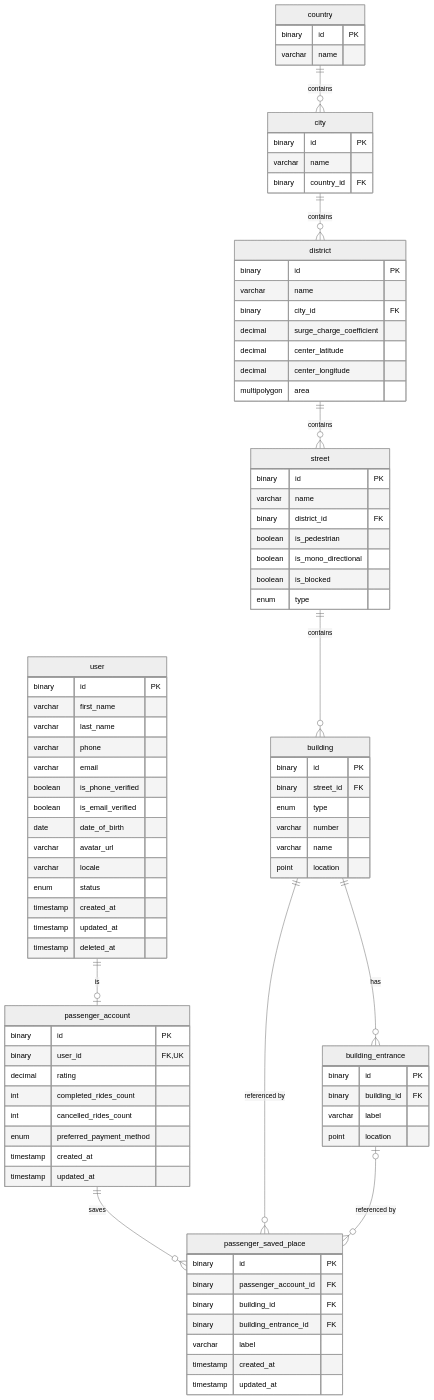
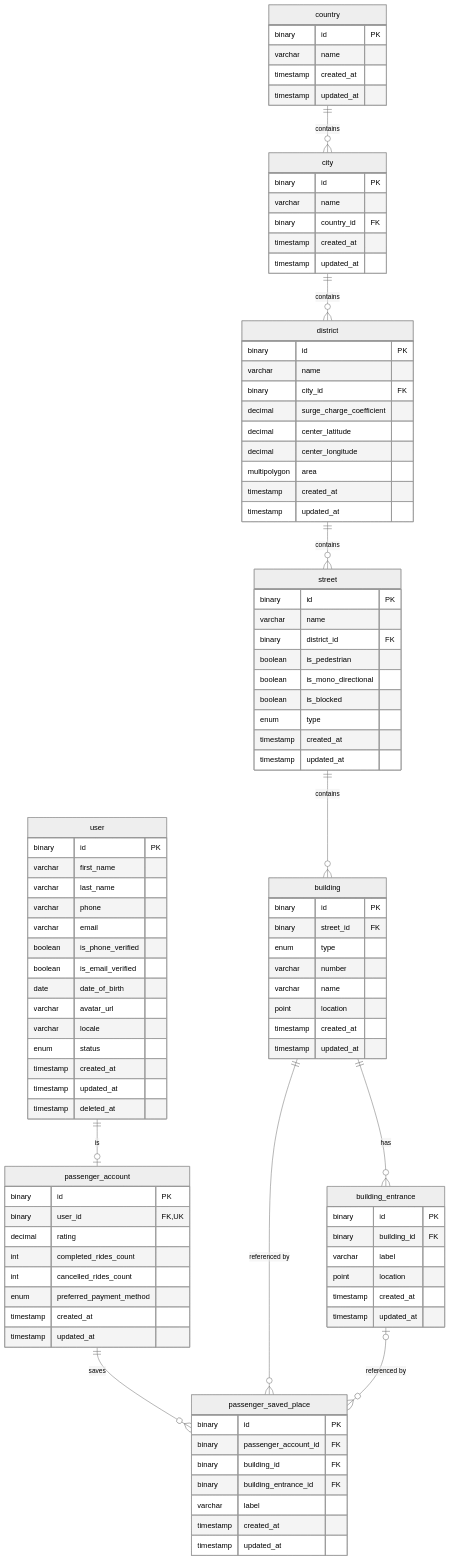
Before and after one commit to FatCaf/uber-sql: the diagram in schema.md, drawn with Mermaid (neutral theme). The commit also changed 7 other files, not shown here.

```diff
--- a/schema.md
+++ b/schema.md
@@ -35,12 +35,16 @@
     country {
         binary id PK
         varchar name
+        timestamp created_at
+        timestamp updated_at
     }
 
     city {
         binary id PK
         varchar name
         binary country_id FK
+        timestamp created_at
+        timestamp updated_at
     }
 
     district {
@@ -51,6 +55,8 @@
         decimal center_latitude
         decimal center_longitude
         multipolygon area
+        timestamp created_at
+        timestamp updated_at
     }
 
     street {
@@ -61,6 +67,8 @@
         boolean is_mono_directional
         boolean is_blocked
         enum type
+        timestamp created_at
+        timestamp updated_at
     }
 
     building {
@@ -70,6 +78,8 @@
         varchar number
         varchar name
         point location
+        timestamp created_at
+        timestamp updated_at
     }
 
     building_entrance {
@@ -77,6 +87,8 @@
         binary building_id FK
         varchar label
         point location
+        timestamp created_at
+        timestamp updated_at
     }
 
     user {
```
